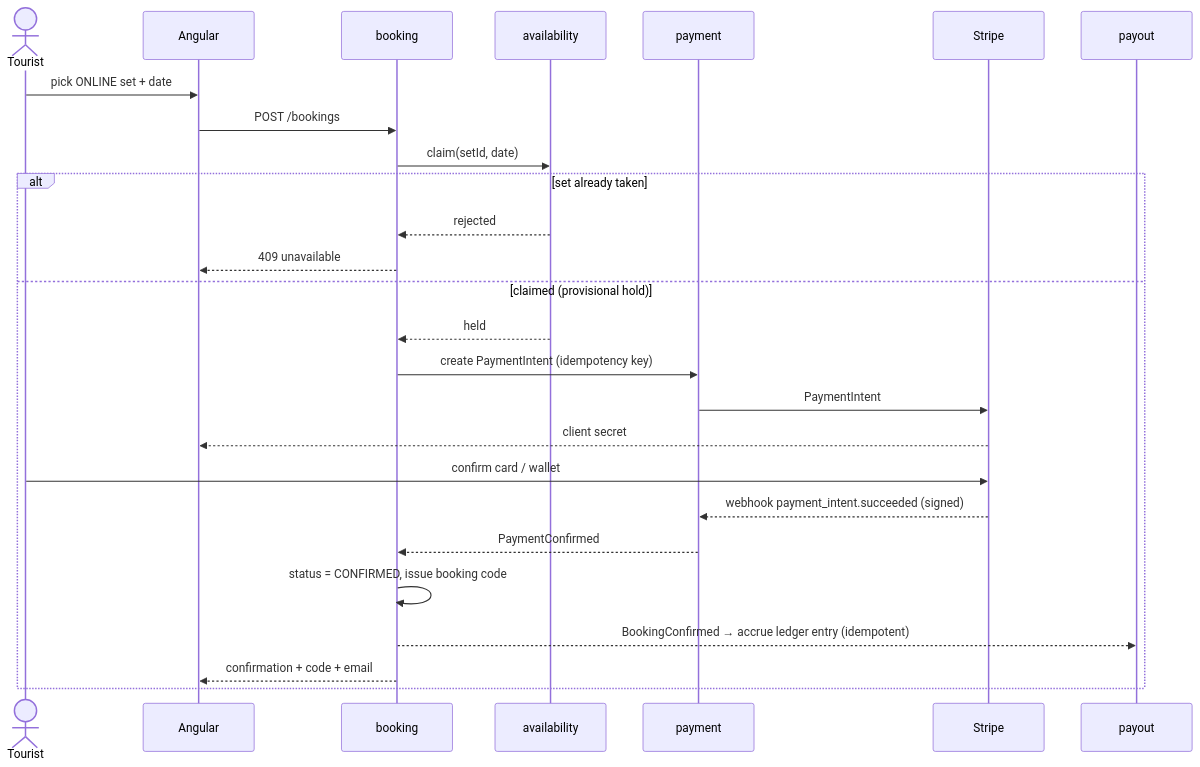
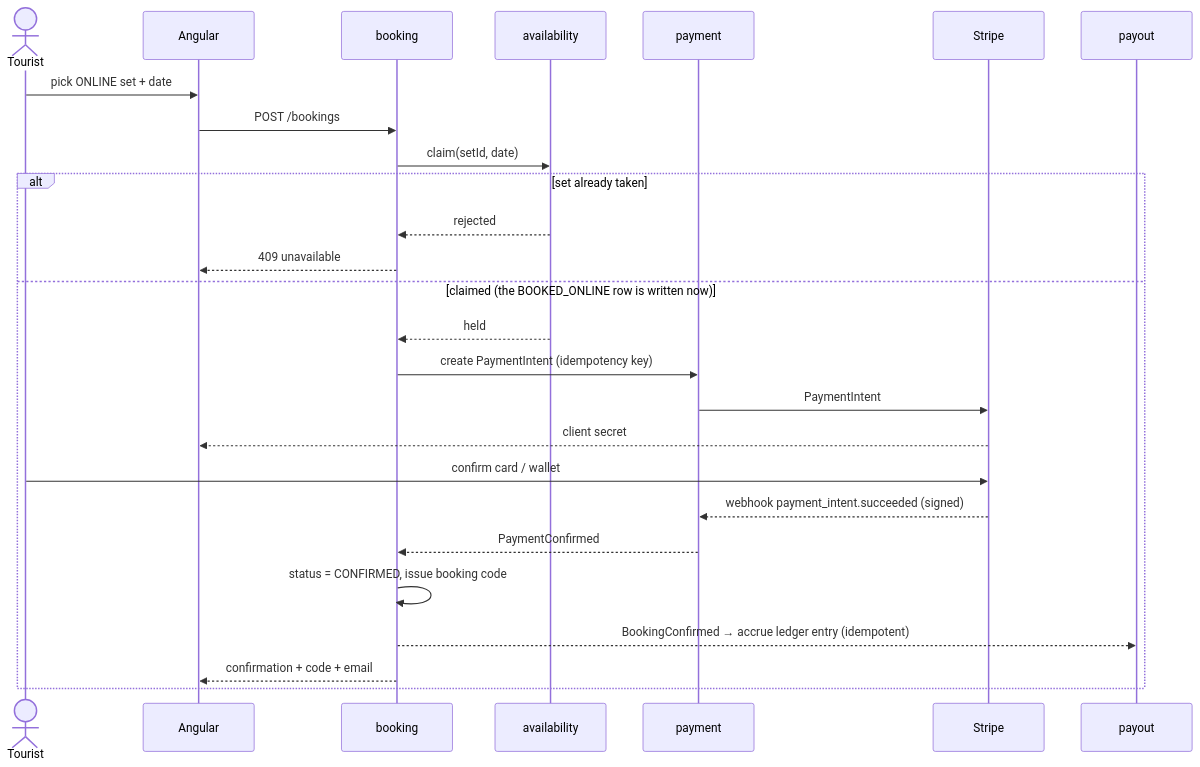
One commit to ivopogace/riviera-sunbed-booking changed diagram 12 of 15 in docs/architecture/domain-model.md. Above: the diagram before and after it, drawn with Mermaid. The commit also changed other lines of this file and 53 other files, not shown here.

````diff
--- a/docs/architecture/domain-model.md
+++ b/docs/architecture/domain-model.md
@@ -396,29 +745,29 @@
 ```mermaid
 sequenceDiagram
     actor T as Tourist
     participant FE as Angular
     participant B as booking
     participant A as availability
     participant P as payment
     participant S as Stripe
     participant L as payout
 
     T->>FE: pick ONLINE set + date
     FE->>B: POST /bookings
     B->>A: claim(setId, date)
     alt set already taken
         A-->>B: rejected
         B-->>FE: 409 unavailable
-    else claimed (provisional hold)
+    else claimed (the BOOKED_ONLINE row is written now)
         A-->>B: held
         B->>P: create PaymentIntent (idempotency key)
         P->>S: PaymentIntent
         S-->>FE: client secret
         T->>S: confirm card / wallet
         S-->>P: webhook payment_intent.succeeded (signed)
         P-->>B: PaymentConfirmed
         B->>B: status = CONFIRMED, issue booking code
         B-->>L: BookingConfirmed → accrue ledger entry (idempotent)
         B-->>FE: confirmation + code + email
     end
 ```
````
